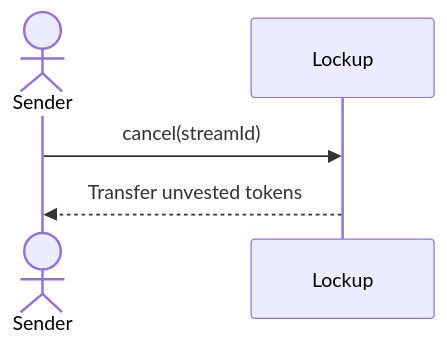
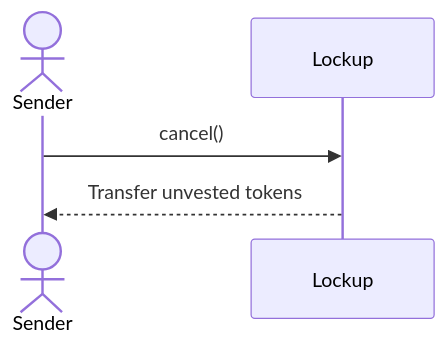
The third of 11 diagrams in docs/reference/lockup/04-access-control.md (sablier-labs/docs), drawn with Mermaid before and after one commit. The commit also changed other lines of this file and 3 other files, not shown here.

Commit message:
removes streamId from sequence diagrams categorizes diagrams in Flow access control simplifies diagrams in Lockup access control defines ongoing debt in Flow overview fixes definition of snapshot debt in Flow overview adds abbreviations in Flow diagrams

````diff
--- a/docs/reference/lockup/04-access-control.md
+++ b/docs/reference/lockup/04-access-control.md
@@ -63,7 +63,7 @@
 ```mermaid
 sequenceDiagram
   actor Sender
 
-  Sender ->> Lockup: cancel(streamId)
+  Sender ->> Lockup: cancel()
   Lockup -->> Sender: Transfer unvested tokens
 ```
````
